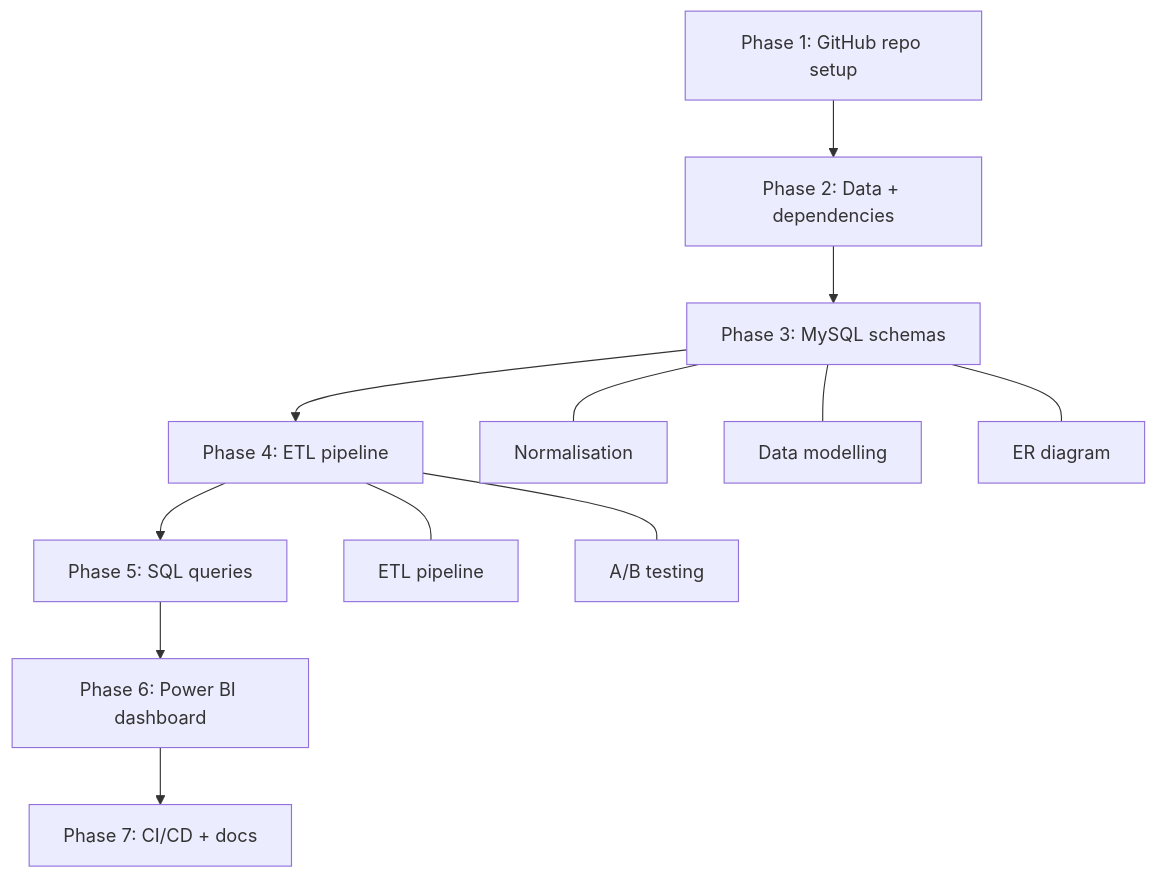
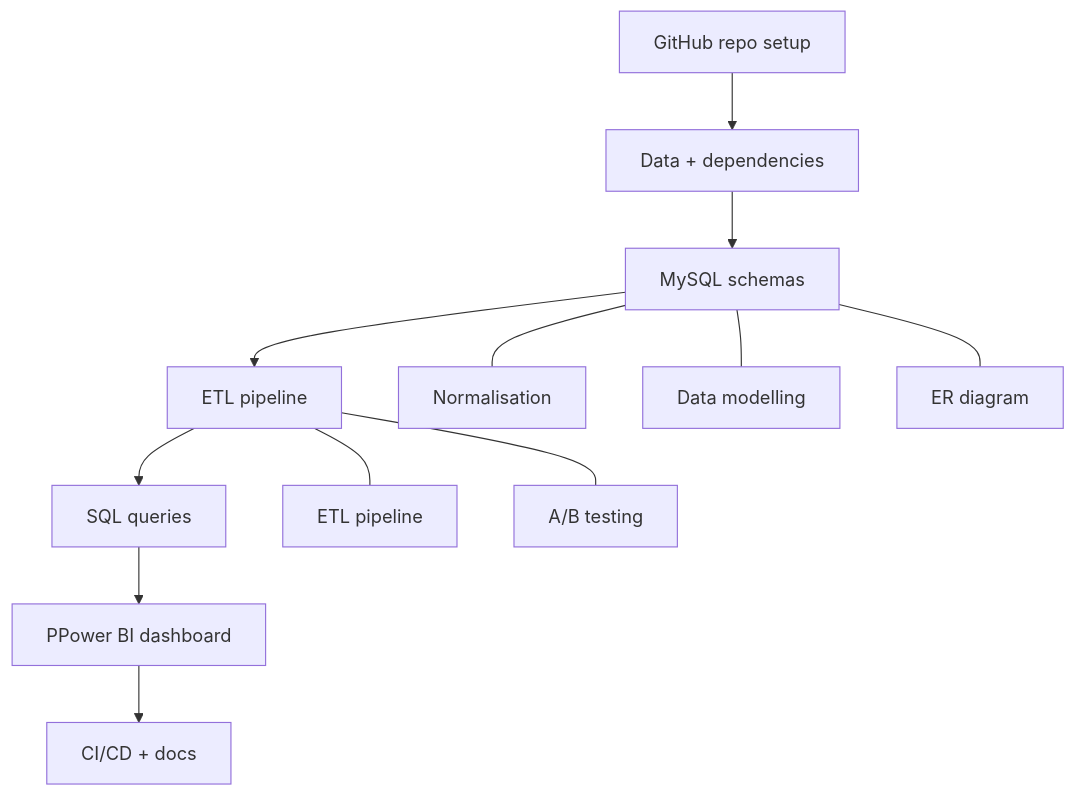
Before and after one commit to Shreya-bristi/ecommerce-analytics-platform: the diagram in README.md, drawn with Mermaid.

````diff
--- a/README.md
+++ b/README.md
@@ -15,15 +15,15 @@
 ```mermaid
 flowchart TD
-    A[Phase 1: GitHub repo setup] --> B[Phase 2: Data + dependencies]
-    B --> C[Phase 3: MySQL schemas]
-    C --> D[Phase 4: ETL pipeline]
-    D --> E[Phase 5: SQL queries]
-    E --> F[Phase 6: Power BI dashboard]
-    F --> G[Phase 7: CI/CD + docs]
+    A[GitHub repo setup] --> B[Data + dependencies]
+    B --> C[MySQL schemas]
+    C --> D[ETL pipeline]
+    D --> E[SQL queries]
+    E --> F[PPower BI dashboard]
+    F --> G[CI/CD + docs]
 
     C --- H[Normalisation]
     C --- I[Data modelling]
     C --- J[ER diagram]
     D --- K[ETL pipeline]
     D --- L[A/B testing]
 ```
````
